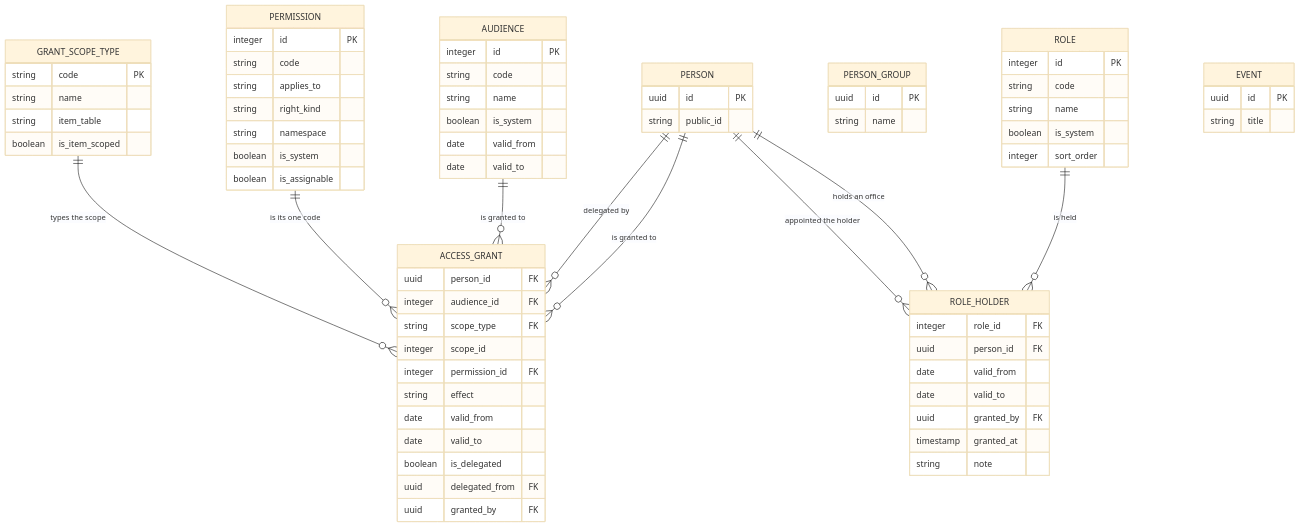
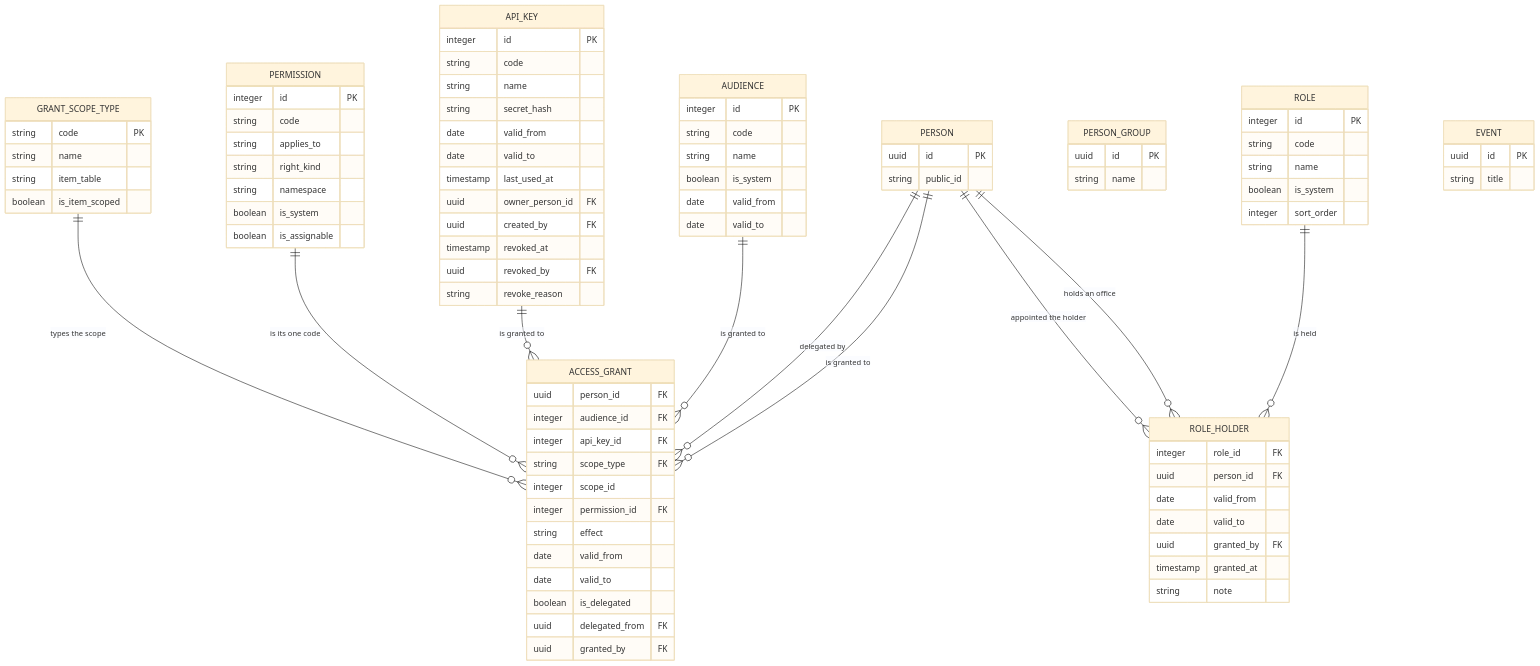
Before and after one commit to azduha/taborak-specification: the first of 2 diagrams in docs/appendix/erd-a-authorization.md, drawn with Mermaid (base theme). The commit also changed other lines of this file and 25 other files, not shown here.

````diff
--- a/docs/appendix/erd-a-authorization.md
+++ b/docs/appendix/erd-a-authorization.md
@@ -243,6 +261,7 @@
     ACCESS_GRANT {
         uuid person_id FK
         integer audience_id FK
+        integer api_key_id FK
         string scope_type FK
         integer scope_id
         integer permission_id FK
@@ -260,6 +279,20 @@
         boolean is_system
         date valid_from
         date valid_to
+    }
+    API_KEY {
+        integer id PK
+        string code
+        string name
+        string secret_hash
+        date valid_from
+        date valid_to
+        timestamp last_used_at
+        uuid owner_person_id FK
+        uuid created_by FK
+        timestamp revoked_at
+        uuid revoked_by FK
+        string revoke_reason
     }
     PERSON_GROUP {
         uuid id PK
@@ -279,6 +312,7 @@
     PERSON ||--o{ ACCESS_GRANT : "is granted to"
     PERSON ||--o{ ACCESS_GRANT : "delegated by"
     AUDIENCE ||--o{ ACCESS_GRANT : "is granted to"
+    API_KEY ||--o{ ACCESS_GRANT : "is granted to"
     PERMISSION ||--o{ ACCESS_GRANT : "is its one code"
     GRANT_SCOPE_TYPE ||--o{ ACCESS_GRANT : "types the scope"
 ```
````
